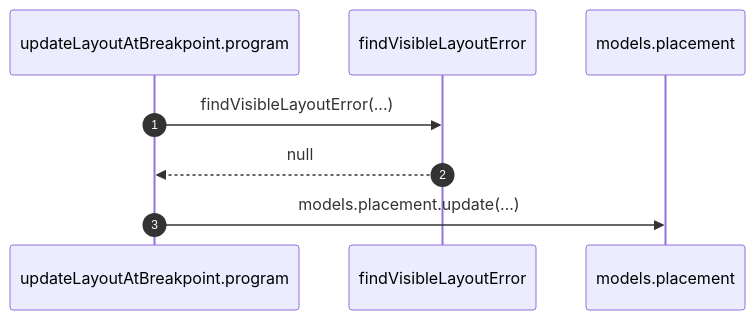
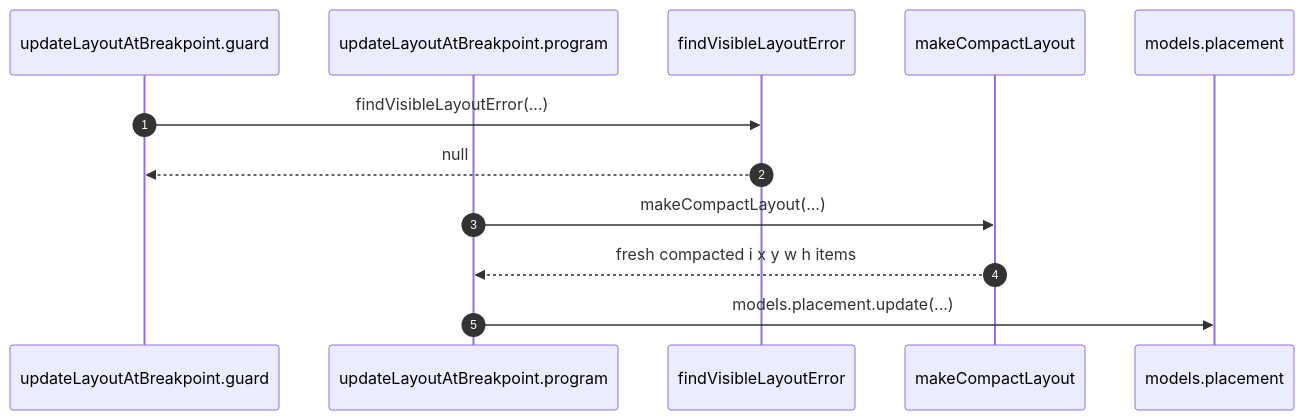
Before and after one commit to morgs32/qrk.sh: the third of 4 diagrams in wiki/architecture/browser/LibraryGridItem.md, drawn with Mermaid. The commit also changed other lines of this file and 15 other files, not shown here.

````diff
--- a/wiki/architecture/browser/LibraryGridItem.md
+++ b/wiki/architecture/browser/LibraryGridItem.md
@@ -108,12 +146,18 @@
 ```mermaid
 sequenceDiagram
+  participant updateGuard as updateLayoutAtBreakpoint.guard
   participant updateProgram as updateLayoutAtBreakpoint.program
   participant findVisibleLayoutError
+  participant makeCompactLayout
   participant placementModel as models.placement
   autonumber 1
-  updateProgram->>findVisibleLayoutError: findVisibleLayoutError(...)
+  updateGuard->>findVisibleLayoutError: findVisibleLayoutError(...)
   autonumber 2
-  findVisibleLayoutError-->>updateProgram: null
+  findVisibleLayoutError-->>updateGuard: null
   autonumber 3
+  updateProgram->>makeCompactLayout: makeCompactLayout(...)
+  autonumber 4
+  makeCompactLayout-->>updateProgram: fresh compacted i x y w h items
+  autonumber 5
   updateProgram->>placementModel: models.placement.update(...)
 ```
````
